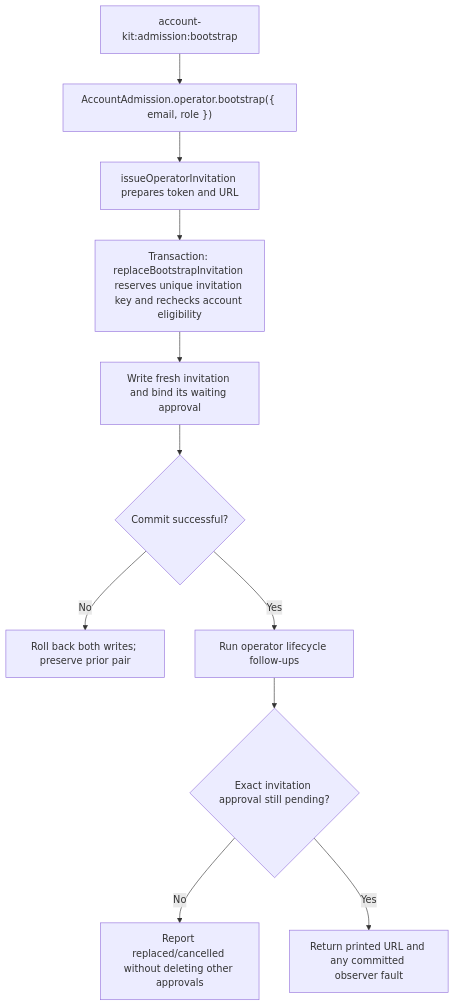
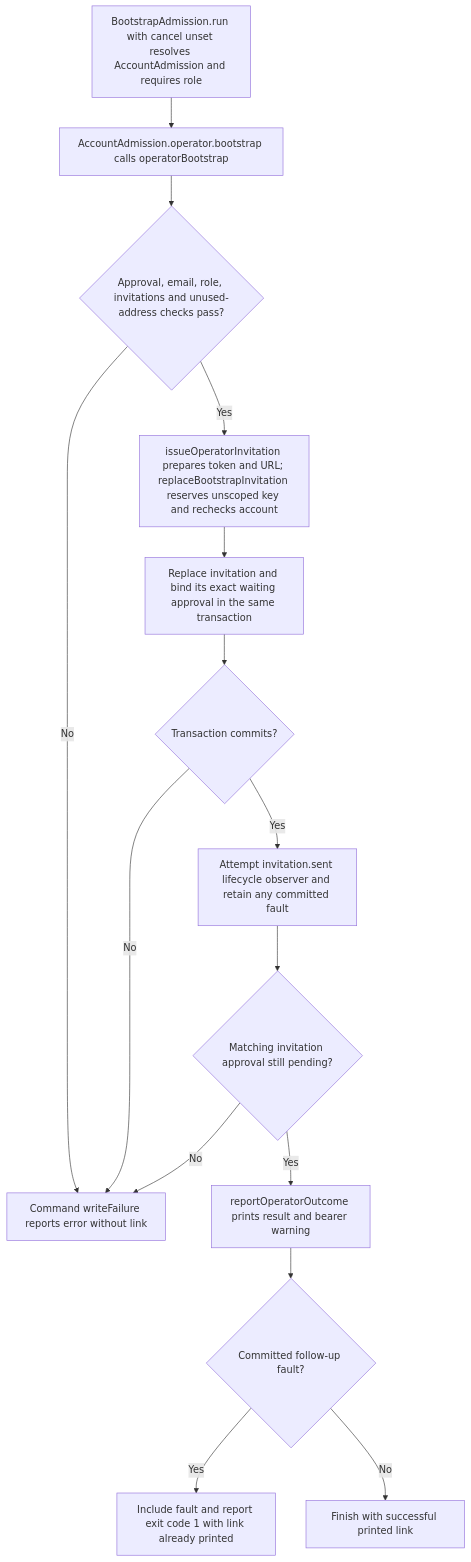
One commit to Kevinjohn/oss-adonisjs-account-kit changed the second of 2 diagrams in user-stories/US-ACCOUNT-46-bootstrap-first-administrator.md. Above: the diagram before and after it, drawn with Mermaid. The commit also changed other lines of this file and 70 other files, not shown here.

Commit message:
Refresh the Account Kit user story catalogue for 0.6.0

````diff
--- a/user-stories/US-ACCOUNT-46-bootstrap-first-administrator.md
+++ b/user-stories/US-ACCOUNT-46-bootstrap-first-administrator.md
@@ -36,13 +35,17 @@
 ```mermaid
 flowchart TD
- A["account-kit:admission:bootstrap"] --> B["AccountAdmission.operator.bootstrap({ email, role })"]
- B --> C["issueOperatorInvitation prepares token and URL"]
- C --> D["Transaction: replaceBootstrapInvitation reserves unique invitation key and rechecks account eligibility"]
- D --> E["Write fresh invitation and bind its waiting approval"]
- E --> F{"Commit successful?"}
- F -->|No| G["Roll back both writes; preserve prior pair"]
- F -->|Yes| H["Run operator lifecycle follow-ups"]
- H --> I{"Exact invitation approval still pending?"}
- I -->|No| J["Report replaced/cancelled without deleting other approvals"]
- I -->|Yes| K["Return printed URL and any committed observer fault"]
+ A["BootstrapAdmission.run with cancel unset resolves AccountAdmission and requires role"] --> B["AccountAdmission.operator.bootstrap calls operatorBootstrap"]
+ B --> C{"Approval, email, role, invitations and unused-address checks pass?"}
+ C -->|No| G["Command writeFailure reports error without link"]
+ C -->|Yes| D["issueOperatorInvitation prepares token and URL; replaceBootstrapInvitation reserves unscoped key and rechecks account"]
+ D --> E["Replace invitation and bind its exact waiting approval in the same transaction"]
+ E --> F{"Transaction commits?"}
+ F -->|No| G
+ F -->|Yes| H["Attempt invitation.sent lifecycle observer and retain any committed fault"]
+ H --> I{"Matching invitation approval still pending?"}
+ I -->|No| G
+ I -->|Yes| K["reportOperatorOutcome prints result and bearer warning"]
+ K --> L{"Committed follow-up fault?"}
+ L -->|Yes| M["Include fault and report exit code 1 with link already printed"]
+ L -->|No| N["Finish with successful printed link"]
 ```
````
